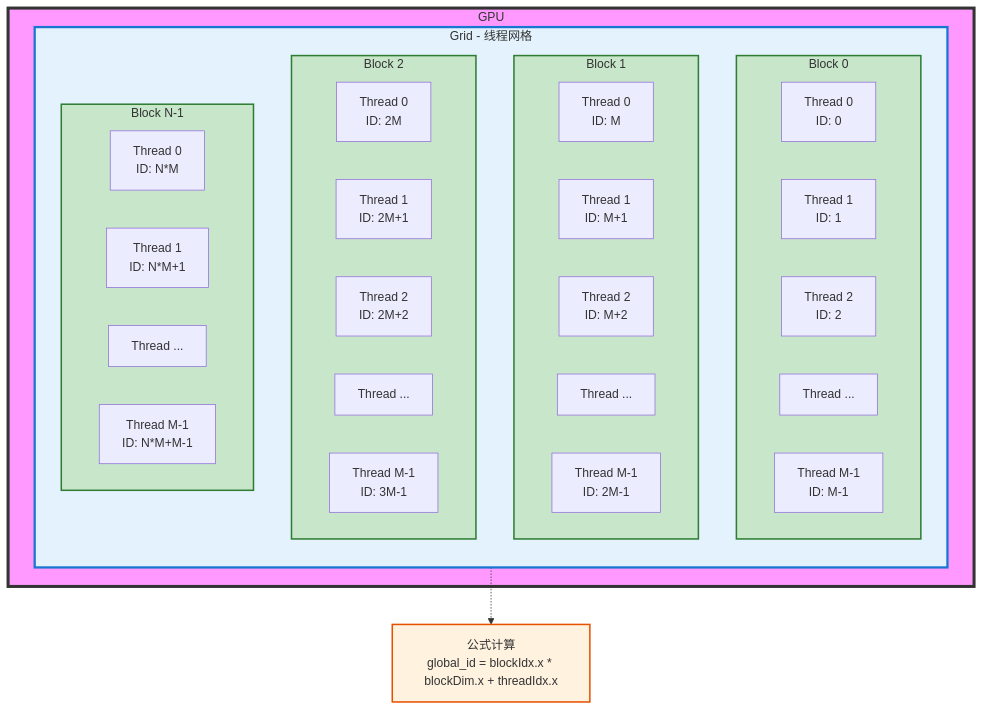
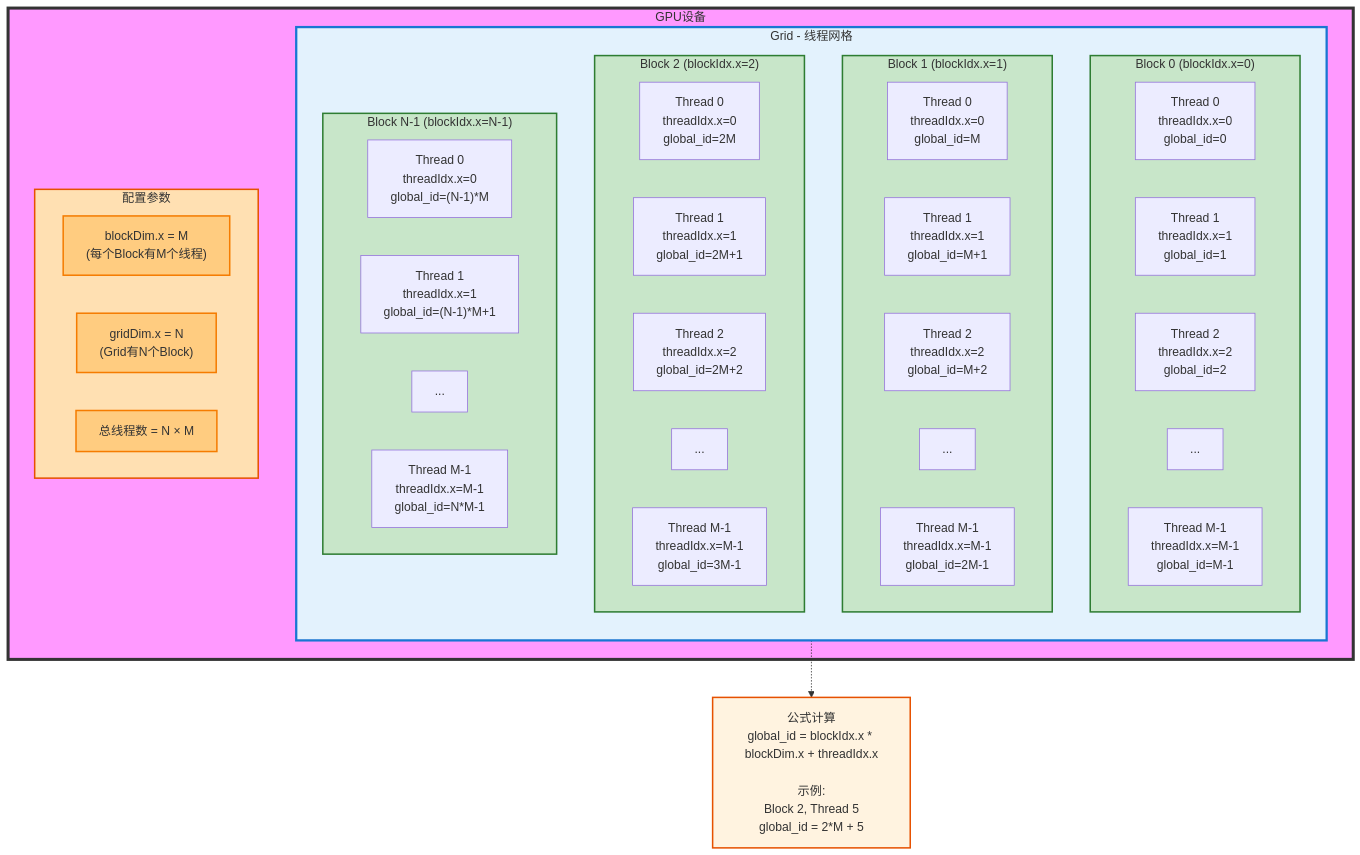
The diagram in content/语言/cuda学习.md (freezed-corpse-143/freezed-corpse-143.github.io), drawn with Mermaid before and after one commit.

Commit message:
vault backup: 2026-08-30 13:20:38

````diff
--- a/content/语言/cuda学习.md
+++ b/content/语言/cuda学习.md
@@ -474,53 +474,63 @@
 ```mermaid
 graph TD
-    subgraph GPU[GPU]
+    subgraph GPU[GPU设备]
         subgraph Grid[Grid - 线程网格]
             direction TB
             
-            subgraph Block0[Block 0]
+            subgraph Block0["Block 0 (blockIdx.x=0)"]
                 direction LR
-                T00[Thread 0<br/>ID: 0]
-                T01[Thread 1<br/>ID: 1]
-                T02[Thread 2<br/>ID: 2]
-                T03[Thread ...]
-                T04[Thread M-1<br/>ID: M-1]
+                T00["Thread 0<br/>threadIdx.x=0<br/>global_id=0"]
+                T01["Thread 1<br/>threadIdx.x=1<br/>global_id=1"]
+                T02["Thread 2<br/>threadIdx.x=2<br/>global_id=2"]
+                T03["..."]
+                T04["Thread M-1<br/>threadIdx.x=M-1<br/>global_id=M-1"]
             end
             
-            subgraph Block1[Block 1]
+            subgraph Block1["Block 1 (blockIdx.x=1)"]
                 direction LR
-                T10[Thread 0<br/>ID: M]
-                T11[Thread 1<br/>ID: M+1]
-                T12[Thread 2<br/>ID: M+2]
-                T13[Thread ...]
-                T14[Thread M-1<br/>ID: 2M-1]
+                T10["Thread 0<br/>threadIdx.x=0<br/>global_id=M"]
+                T11["Thread 1<br/>threadIdx.x=1<br/>global_id=M+1"]
+                T12["Thread 2<br/>threadIdx.x=2<br/>global_id=M+2"]
+                T13["..."]
+                T14["Thread M-1<br/>threadIdx.x=M-1<br/>global_id=2M-1"]
             end
             
-            subgraph Block2[Block 2]
+            subgraph Block2["Block 2 (blockIdx.x=2)"]
                 direction LR
-                T20[Thread 0<br/>ID: 2M]
-                T21[Thread 1<br/>ID: 2M+1]
-                T22[Thread 2<br/>ID: 2M+2]
-                T23[Thread ...]
-                T24[Thread M-1<br/>ID: 3M-1]
+                T20["Thread 0<br/>threadIdx.x=0<br/>global_id=2M"]
+                T21["Thread 1<br/>threadIdx.x=1<br/>global_id=2M+1"]
+                T22["Thread 2<br/>threadIdx.x=2<br/>global_id=2M+2"]
+                T23["..."]
+                T24["Thread M-1<br/>threadIdx.x=M-1<br/>global_id=3M-1"]
             end
             
-            subgraph BlockN[Block N-1]
+            subgraph BlockN["Block N-1 (blockIdx.x=N-1)"]
                 direction LR
-                TN0[Thread 0<br/>ID: N*M]
-                TN1[Thread 1<br/>ID: N*M+1]
-                TN2[Thread ...]
-                TN3[Thread M-1<br/>ID: N*M+M-1]
+                TN0["Thread 0<br/>threadIdx.x=0<br/>global_id=(N-1)*M"]
+                TN1["Thread 1<br/>threadIdx.x=1<br/>global_id=(N-1)*M+1"]
+                TN2["..."]
+                TN3["Thread M-1<br/>threadIdx.x=M-1<br/>global_id=N*M-1"]
             end
+        end
+        
+        subgraph Config["配置参数"]
+            P1["blockDim.x = M<br/>(每个Block有M个线程)"]
+            P2["gridDim.x = N<br/>(Grid有N个Block)"]
+            P3["总线程数 = N × M"]
         end
     end
     
-    Grid -.-> Formula[公式计算<br/>global_id = blockIdx.x * blockDim.x + threadIdx.x]
+    Grid -.-> Formula["公式计算<br/>global_id = blockIdx.x * blockDim.x + threadIdx.x<br/><br/>示例:<br/>Block 2, Thread 5<br/>global_id = 2*M + 5"]
     
     style GPU fill:#f9f,stroke:#333,stroke-width:4px
     style Grid fill:#e3f2fd,stroke:#1976d2,stroke-width:3px
     style Block0 fill:#c8e6c9,stroke:#2e7d32,stroke-width:2px
     style Block1 fill:#c8e6c9,stroke:#2e7d32,stroke-width:2px
     style Block2 fill:#c8e6c9,stroke:#2e7d32,stroke-width:2px
     style BlockN fill:#c8e6c9,stroke:#2e7d32,stroke-width:2px
+    style Config fill:#ffe0b2,stroke:#e65100,stroke-width:2px
     style Formula fill:#fff3e0,stroke:#e65100,stroke-width:2px
+    style P1 fill:#ffcc80,stroke:#f57c00,stroke-width:2px
+    style P2 fill:#ffcc80,stroke:#f57c00,stroke-width:2px
+    style P3 fill:#ffcc80,stroke:#f57c00,stroke-width:2px
 ```
````
